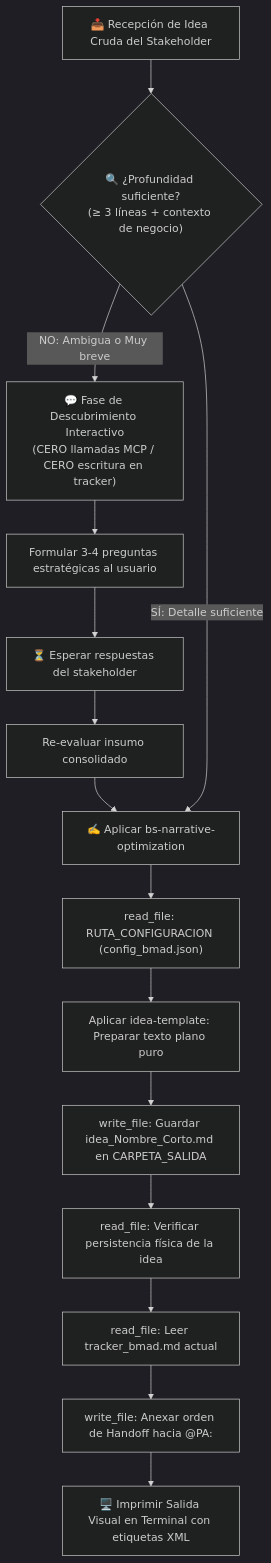
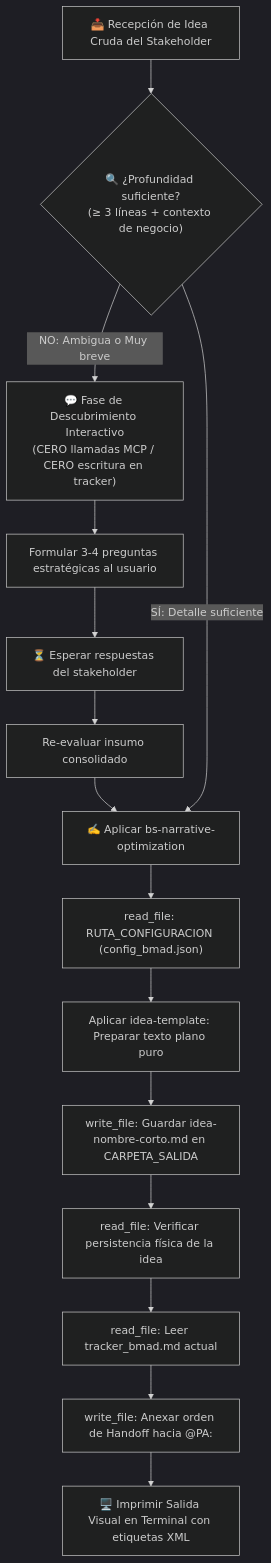
The diagram in business-storyteller/AGENTS.md (pauloravicaceres/tech-work-hub), drawn with Mermaid (dark theme) before and after one commit. The commit also changed other lines of this file and 397 other files, not shown here.

````diff
--- a/business-storyteller/AGENTS.md
+++ b/business-storyteller/AGENTS.md
@@ -47,20 +47,20 @@
 ```mermaid
 flowchart TD
     A["📥 Recepción de Idea Cruda del Stakeholder"] --> B{"🔍 ¿Profundidad suficiente?<br/>(≥ 3 líneas + contexto de negocio)"}
     
     B -->|NO: Ambigua o Muy breve| C["💬 Fase de Descubrimiento Interactivo<br/>(CERO llamadas MCP / CERO escritura en tracker)"]
     C --> D["Formular 3-4 preguntas estratégicas al usuario"]
     D --> E["⏳ Esperar respuestas del stakeholder"]
     E --> F["Re-evaluar insumo consolidado"]
     F --> G["✍️ Aplicar bs-narrative-optimization"]
     
     B -->|SÍ: Detalle suficiente| G
     
     G --> H["read_file: RUTA_CONFIGURACION (config_bmad.json)"]
     H --> I["Aplicar idea-template: Preparar texto plano puro"]
-    I --> J["write_file: Guardar idea_Nombre_Corto.md en CARPETA_SALIDA"]
+    I --> J["write_file: Guardar idea-nombre-corto.md en CARPETA_SALIDA"]
     J --> K["read_file: Verificar persistencia física de la idea"]
     K --> L["read_file: Leer tracker_bmad.md actual"]
     L --> M["write_file: Anexar orden de Handoff hacia @PA:"]
     M --> N["🖥️ Imprimir Salida Visual en Terminal con etiquetas XML"]
 ```
````
